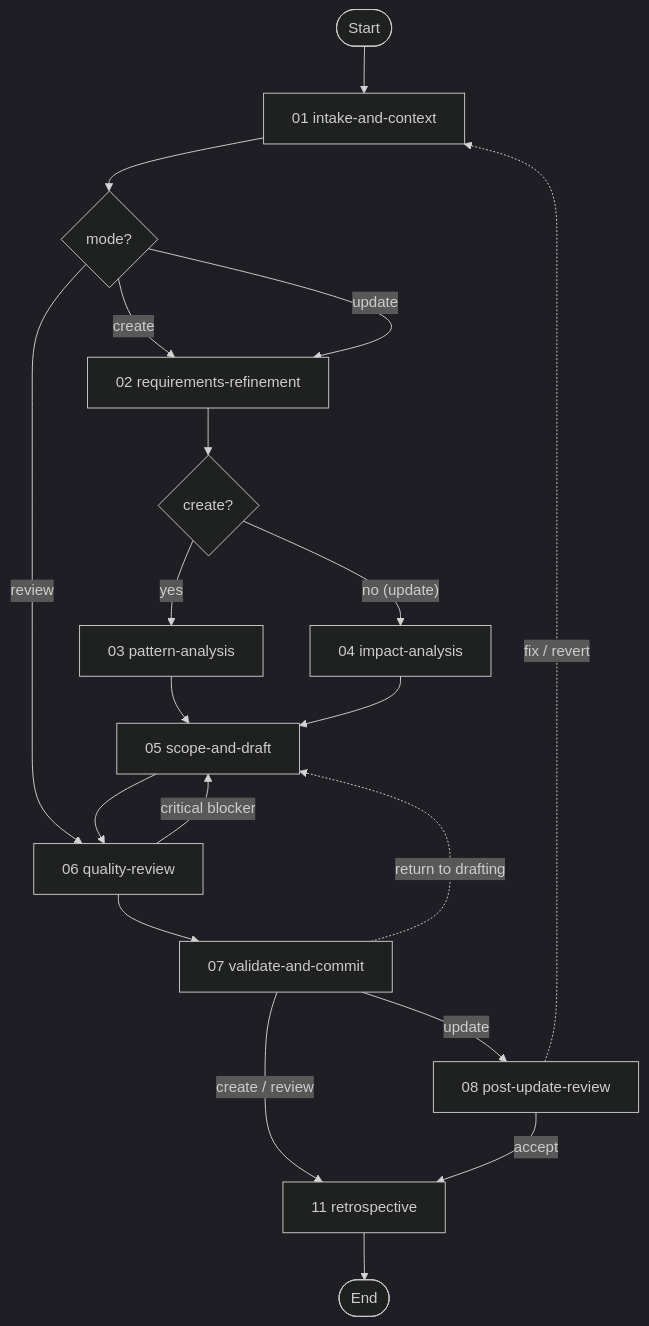
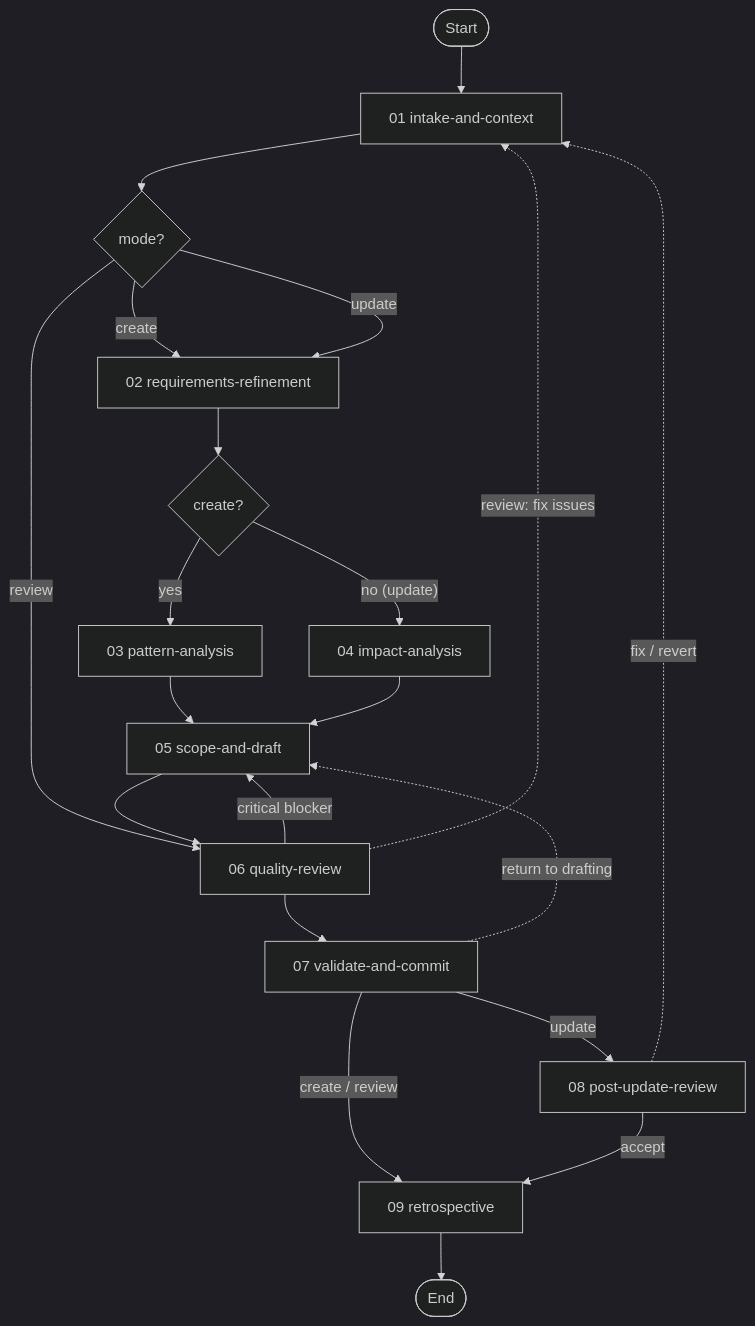
The diagram in workflow-design/README.md (m2ux/workflow-server), drawn with Mermaid (dark theme) before and after one commit.

Commit message:
docs(workflow-design): correct workflow-flow mermaid
Align the Workflow Flow diagram with the post-integration structure:
- label the retrospective node 09 (sequence number) to match the Overview
  table and the other nodes, instead of the 11 file prefix
- add the review-mode "fix issues" loop-back edge from quality-review to
  intake-and-context (the review-disposition checkpoint transition)

````diff
--- a/workflow-design/README.md
+++ b/workflow-design/README.md
@@ -43,28 +43,29 @@
 ```mermaid
 graph TD
     startNode(["Start"]) --> INT["01 intake-and-context"]
 
     INT --> MODE{"mode?"}
     MODE -->|"create"| REQ["02 requirements-refinement"]
     MODE -->|"update"| REQ
     MODE -->|"review"| QR
 
     REQ --> CREATE{"create?"}
     CREATE -->|"yes"| PAT["03 pattern-analysis"]
     CREATE -->|"no (update)"| IMP["04 impact-analysis"]
 
     PAT --> SCD["05 scope-and-draft"]
     IMP --> SCD
 
     SCD --> QR["06 quality-review"]
 
     QR -->|"critical blocker"| SCD
+    QR -.->|"review: fix issues"| INT
     QR --> VAL["07 validate-and-commit"]
     VAL -.->|"return to drafting"| SCD
 
-    VAL -->|"create / review"| RETRO["11 retrospective"]
+    VAL -->|"create / review"| RETRO["09 retrospective"]
     VAL -->|"update"| PUR["08 post-update-review"]
     PUR -->|"accept"| RETRO
     PUR -.->|"fix / revert"| INT
     RETRO --> doneNode(["End"])
 ```
````
